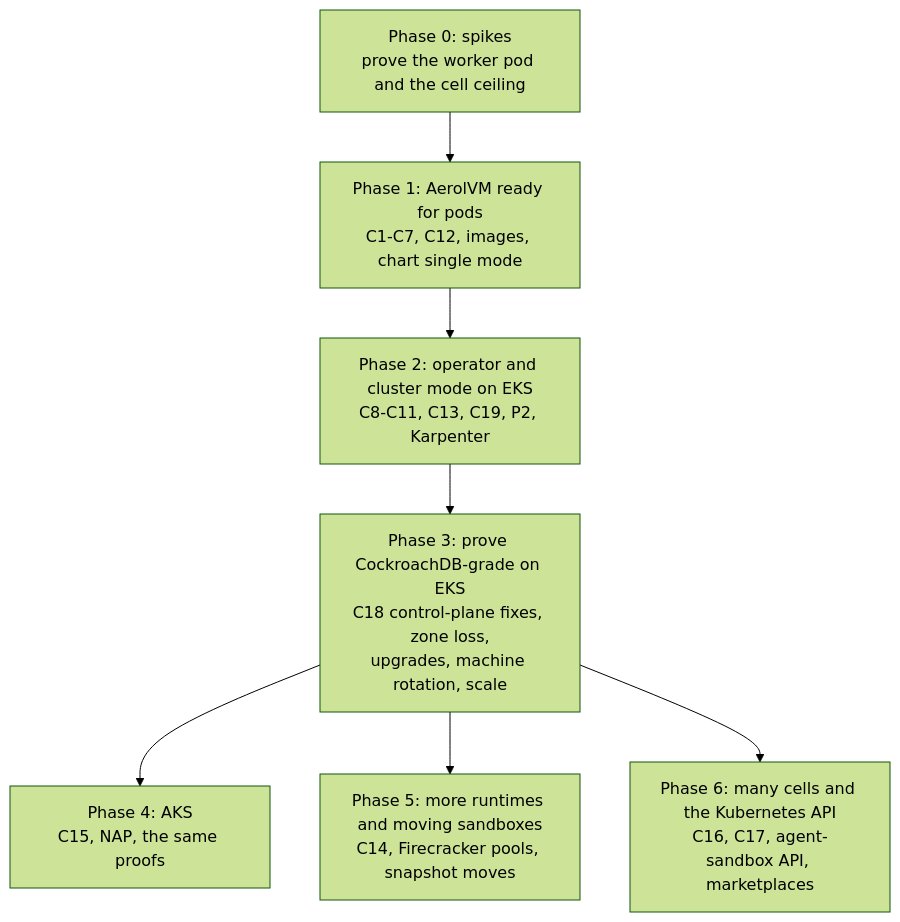
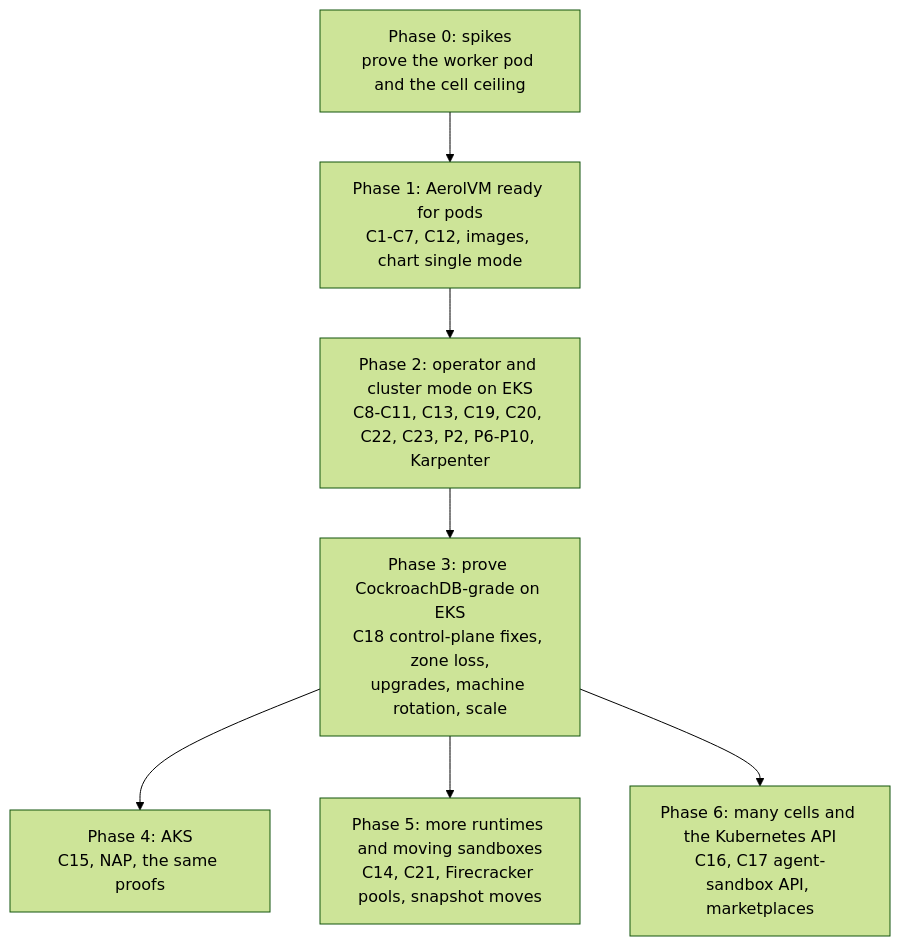
Diagram 11 of 11 in plans/kubernetes-v2-architecture.md (aerol-ai/microvm), drawn with Mermaid (forest theme) before and after one commit. The commit also changed other lines of this file and 2 other files, not shown here.

````diff
--- a/plans/kubernetes-v2-architecture.md
+++ b/plans/kubernetes-v2-architecture.md
@@ -1172,10 +1290,10 @@
 ```mermaid
 flowchart TB
     P0["Phase 0: spikes<br/>prove the worker pod and the cell ceiling"] --> P1
     P1["Phase 1: AerolVM ready for pods<br/>C1-C7, C12, images, chart single mode"] --> P2
-    P2["Phase 2: operator and cluster mode on EKS<br/>C8-C11, C13, C19, P2, Karpenter"] --> P3
+    P2["Phase 2: operator and cluster mode on EKS<br/>C8-C11, C13, C19, C20, C22, C23, P2, P6-P10, Karpenter"] --> P3
     P3["Phase 3: prove CockroachDB-grade on EKS<br/>C18 control-plane fixes, zone loss,<br/>upgrades, machine rotation, scale"] --> P4
     P4["Phase 4: AKS<br/>C15, NAP, the same proofs"]
-    P3 --> P5["Phase 5: more runtimes and moving sandboxes<br/>C14, Firecracker pools, snapshot moves"]
-    P3 --> P6["Phase 6: many cells and the Kubernetes API<br/>C16, C17, agent-sandbox API, marketplaces"]
+    P3 --> P5["Phase 5: more runtimes and moving sandboxes<br/>C14, C21, Firecracker pools, snapshot moves"]
+    P3 --> P6["Phase 6: many cells and the Kubernetes API<br/>C16, C17 agent-sandbox API, marketplaces"]
 ```
````
